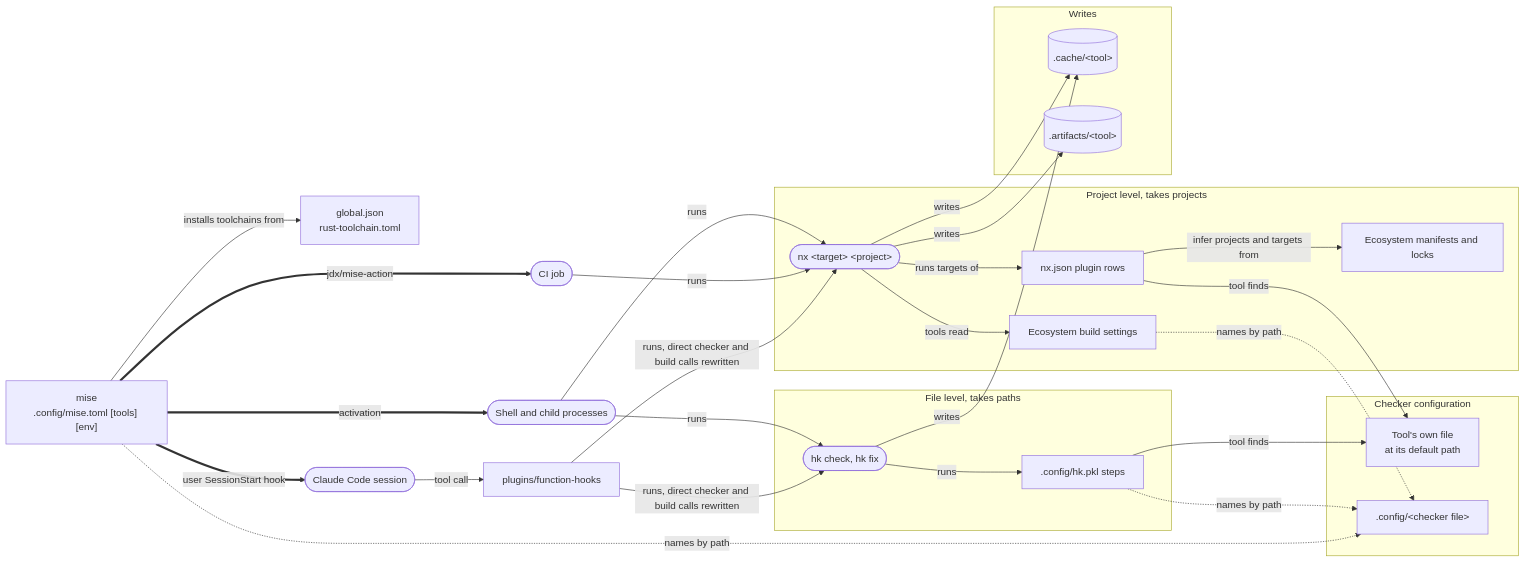
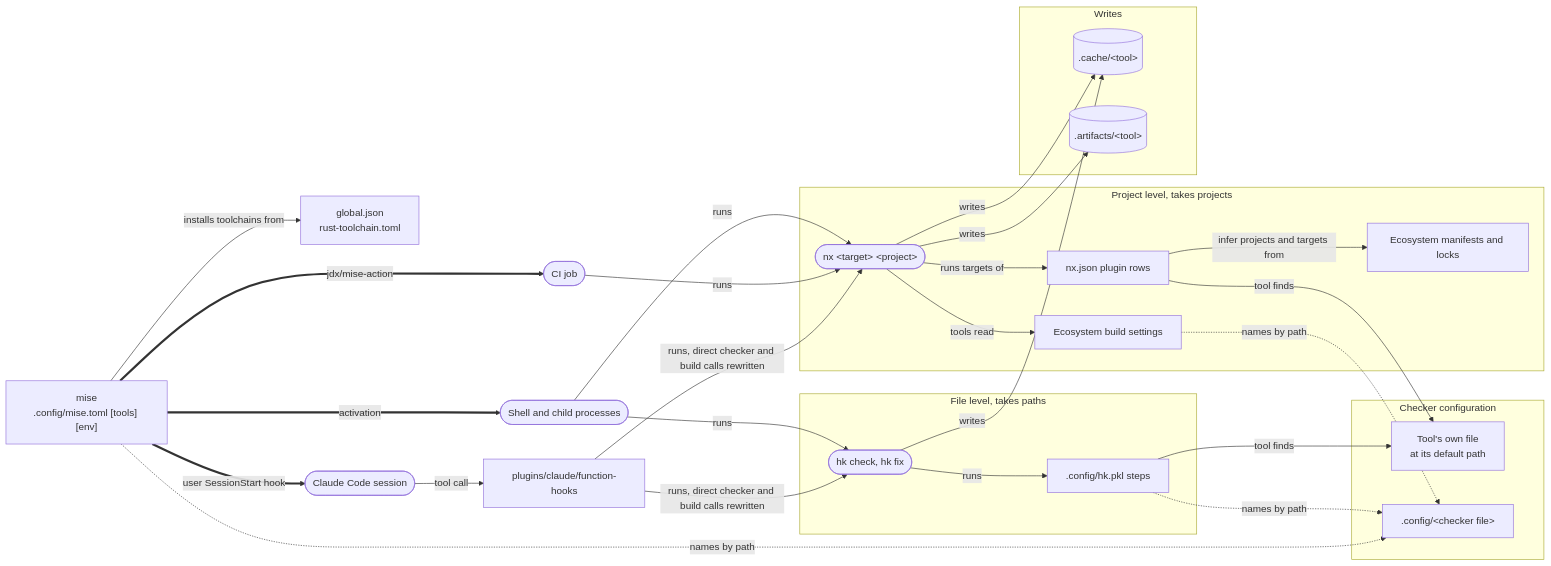
Before and after one commit to bsamiee/Rasm: the diagram in README.md, drawn with Mermaid. The commit also changed 39 other files, not shown here.

First line of the commit message:
chore: move function-hooks into plugins/claude, turn on the Are.na server, and fold adhd into delegate

````diff
--- a/README.md
+++ b/README.md
@@ -80,48 +80,48 @@
 ```mermaid
 flowchart LR
     versions["global.json<br/>rust-toolchain.toml"]
     mise["mise<br/>.config/mise.toml [tools] [env]"]
     shell(["Shell and child processes"])
     claude(["Claude Code session"])
     ci(["CI job"])
-    hooks["plugins/function-hooks"]
+    hooks["plugins/claude/function-hooks"]
 
     subgraph file["File level, takes paths"]
         hk(["hk check, hk fix"])
         steps[".config/hk.pkl steps"]
     end
 
     subgraph project["Project level, takes projects"]
         nx(["nx #lt;target#gt; #lt;project#gt;"])
         plugins["nx.json plugin rows"]
         manifests["Ecosystem manifests and locks"]
         build["Ecosystem build settings"]
     end
 
     subgraph config["Checker configuration"]
         found["Tool's own file<br/>at its default path"]
         named[".config/#lt;checker file#gt;"]
     end
 
     subgraph writes["Writes"]
         cache[(".cache/#lt;tool#gt;")]
         artifacts[(".artifacts/#lt;tool#gt;")]
     end
 
     mise -->|installs toolchains from| versions
     mise ==>|activation| shell
     mise ==>|user SessionStart hook| claude
     mise ==>|jdx/mise-action| ci
     shell -->|runs| hk & nx
     ci -->|runs| nx
     claude -->|tool call| hooks
     hooks -->|runs, direct checker and build calls rewritten| hk & nx
     hk -->|runs| steps
     nx -->|runs targets of| plugins
     plugins -->|infer projects and targets from| manifests
     nx -->|tools read| build
     steps & plugins -->|tool finds| found
     steps & build & mise -.->|names by path| named
     hk -->|writes| cache
     nx -->|writes| cache & artifacts
 ```
````
